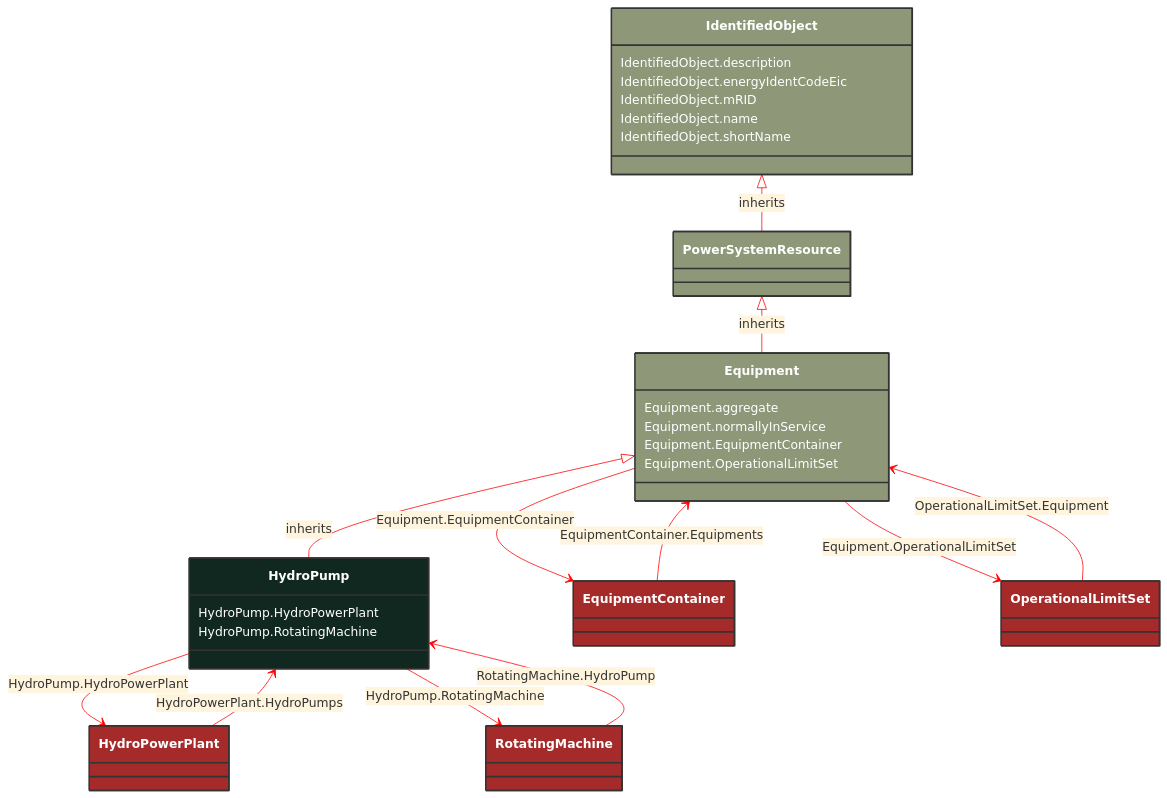
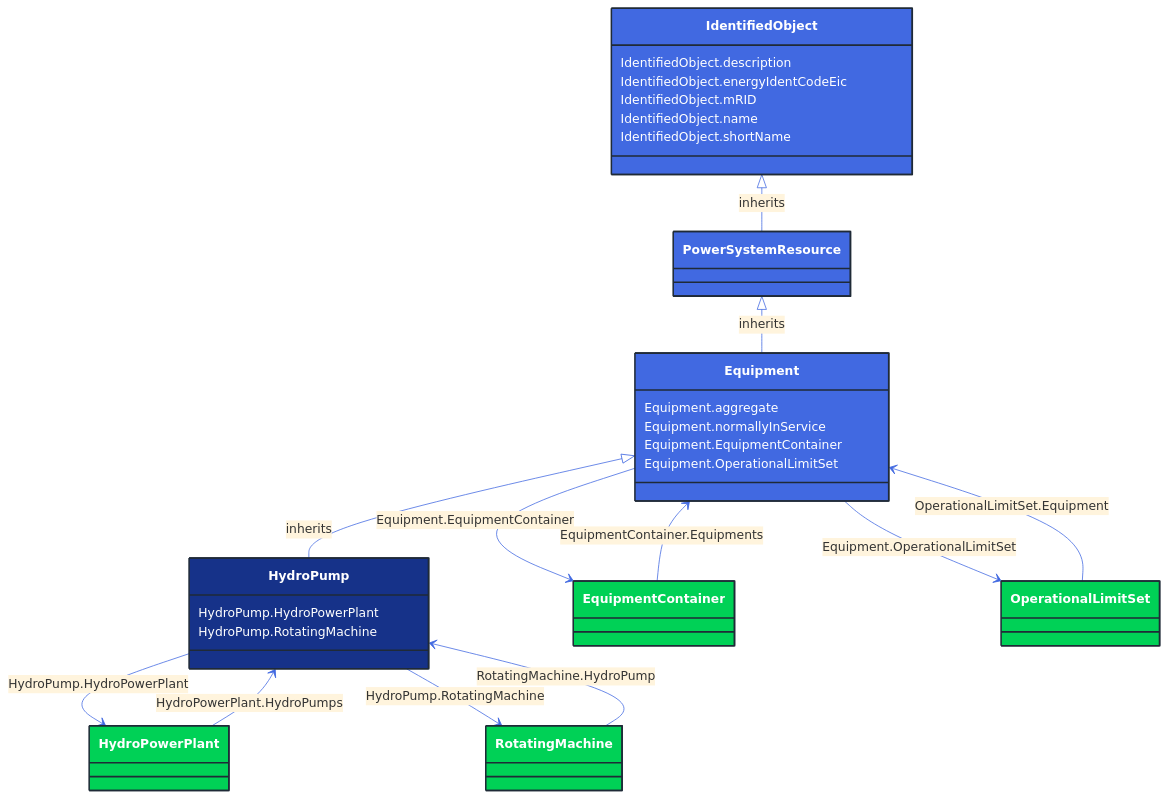
Before and after one commit to 3lbits/NoCIMExtensions: the diagram in docs/Models/Profiles/CoreEquipment/ConcreteClasses/HydroPump.md, drawn with Mermaid. The commit also changed 362 other files, not shown here.

First line of the commit message:
Update diagrams and styles for improved visual consistency

````diff
--- a/docs/Models/Profiles/CoreEquipment/ConcreteClasses/HydroPump.md
+++ b/docs/Models/Profiles/CoreEquipment/ConcreteClasses/HydroPump.md
@@ -8,77 +8,77 @@
 ```mermaid
-%%{init: {'theme':'base','themeVariables': {'lineColor': '#FF0000'}}}%%
+%%{init: {'theme':'base','themeVariables': {'lineColor': '#4169E1'}}}%%
 classDiagram
     class HydroPump
     click HydroPump href "/Models/Profiles/CoreEquipment/ConcreteClasses/HydroPump/"
-    style HydroPump fill:#102820,stroke:#333,stroke-width:2px,rx:10,ry:10,color:white
+    style HydroPump fill:#163289,stroke:#1F2A37,stroke-width:2px,rx:10,ry:10,color:white
      
         Equipment <|-- HydroPump : inherits
             click Equipment href "/Models/Profiles/CoreEquipment/AbstractClasses/Equipment/"
-            style Equipment fill:#8F9779,stroke:#333,stroke-width:2px,rx:10,ry:10,color:white
+            style Equipment fill:#4169E1,stroke:#1F2A37,stroke-width:2px,rx:10,ry:10,color:white
      
         PowerSystemResource <|-- Equipment : inherits
             click PowerSystemResource href "/Models/Profiles/CoreEquipment/AbstractClasses/PowerSystemResource/"
-            style PowerSystemResource fill:#8F9779,stroke:#333,stroke-width:2px,rx:10,ry:10,color:white
+            style PowerSystemResource fill:#4169E1,stroke:#1F2A37,stroke-width:2px,rx:10,ry:10,color:white
      
         IdentifiedObject <|-- PowerSystemResource : inherits
             click IdentifiedObject href "/Models/Profiles/CoreEquipment/AbstractClasses/IdentifiedObject/"
-            style IdentifiedObject fill:#8F9779,stroke:#333,stroke-width:2px,rx:10,ry:10,color:white
+            style IdentifiedObject fill:#4169E1,stroke:#1F2A37,stroke-width:2px,rx:10,ry:10,color:white
 
         HydroPump --> HydroPowerPlant : HydroPump.HydroPowerPlant
 
         HydroPowerPlant
             click HydroPowerPlant href "/Models/Profiles/CoreEquipment/ConcreteClasses/HydroPowerPlant/"
-            style HydroPowerPlant fill:#A52A2A,stroke:#333,stroke-width:2px,rx:10,ry:10,color:white
+            style HydroPowerPlant fill:#00D156,stroke:#1F2A37,stroke-width:2px,rx:10,ry:10,color:white
         HydroPump --> RotatingMachine : HydroPump.RotatingMachine
 
         RotatingMachine
             click RotatingMachine href "/Models/Profiles/CoreEquipment/AbstractClasses/RotatingMachine/"
-            style RotatingMachine fill:#A52A2A,stroke:#333,stroke-width:2px,rx:10,ry:10,color:white
+            style RotatingMachine fill:#00D156,stroke:#1F2A37,stroke-width:2px,rx:10,ry:10,color:white
         Equipment --> EquipmentContainer : Equipment.EquipmentContainer
 
         EquipmentContainer
             click EquipmentContainer href "/Models/Profiles/CoreEquipment/AbstractClasses/EquipmentContainer/"
-            style EquipmentContainer fill:#A52A2A,stroke:#333,stroke-width:2px,rx:10,ry:10,color:white
+            style EquipmentContainer fill:#00D156,stroke:#1F2A37,stroke-width:2px,rx:10,ry:10,color:white
         Equipment --> OperationalLimitSet : Equipment.OperationalLimitSet
 
         OperationalLimitSet
             click OperationalLimitSet href "/Models/Profiles/CoreEquipment/ConcreteClasses/OperationalLimitSet/"
-            style OperationalLimitSet fill:#A52A2A,stroke:#333,stroke-width:2px,rx:10,ry:10,color:white
+            style OperationalLimitSet fill:#00D156,stroke:#1F2A37,stroke-width:2px,rx:10,ry:10,color:white
 
         EquipmentContainer --> Equipment : EquipmentContainer.Equipments
 
         EquipmentContainer
             click EquipmentContainer href "/Models/Profiles/CoreEquipment/AbstractClasses/EquipmentContainer/"
-            style EquipmentContainer fill:#A52A2A,stroke:#333,stroke-width:2px,rx:10,ry:10,color:white
+            style EquipmentContainer fill:#00D156,stroke:#1F2A37,stroke-width:2px,rx:10,ry:10,color:white
 
         HydroPowerPlant --> HydroPump : HydroPowerPlant.HydroPumps
 
         HydroPowerPlant
             click HydroPowerPlant href "/Models/Profiles/CoreEquipment/ConcreteClasses/HydroPowerPlant/"
-            style HydroPowerPlant fill:#A52A2A,stroke:#333,stroke-width:2px,rx:10,ry:10,color:white
+            style HydroPowerPlant fill:#00D156,stroke:#1F2A37,stroke-width:2px,rx:10,ry:10,color:white
 
         OperationalLimitSet --> Equipment : OperationalLimitSet.Equipment
 
         OperationalLimitSet
             click OperationalLimitSet href "/Models/Profiles/CoreEquipment/ConcreteClasses/OperationalLimitSet/"
-            style OperationalLimitSet fill:#A52A2A,stroke:#333,stroke-width:2px,rx:10,ry:10,color:white
+            style OperationalLimitSet fill:#00D156,stroke:#1F2A37,stroke-width:2px,rx:10,ry:10,color:white
 
         RotatingMachine --> HydroPump : RotatingMachine.HydroPump
 
         RotatingMachine
             click RotatingMachine href "/Models/Profiles/CoreEquipment/AbstractClasses/RotatingMachine/"
-            style RotatingMachine fill:#A52A2A,stroke:#333,stroke-width:2px,rx:10,ry:10,color:white
+            style RotatingMachine fill:#00D156,stroke:#1F2A37,stroke-width:2px,rx:10,ry:10,color:white
 
 
         HydroPump : HydroPump.HydroPowerPlant
         HydroPump : HydroPump.RotatingMachine
         Equipment : Equipment.aggregate
         Equipment : Equipment.normallyInService
         Equipment : Equipment.EquipmentContainer
         Equipment : Equipment.OperationalLimitSet
         IdentifiedObject : IdentifiedObject.description
         IdentifiedObject : IdentifiedObject.energyIdentCodeEic
         IdentifiedObject : IdentifiedObject.mRID
         IdentifiedObject : IdentifiedObject.name
         IdentifiedObject : IdentifiedObject.shortName
 ```
````
